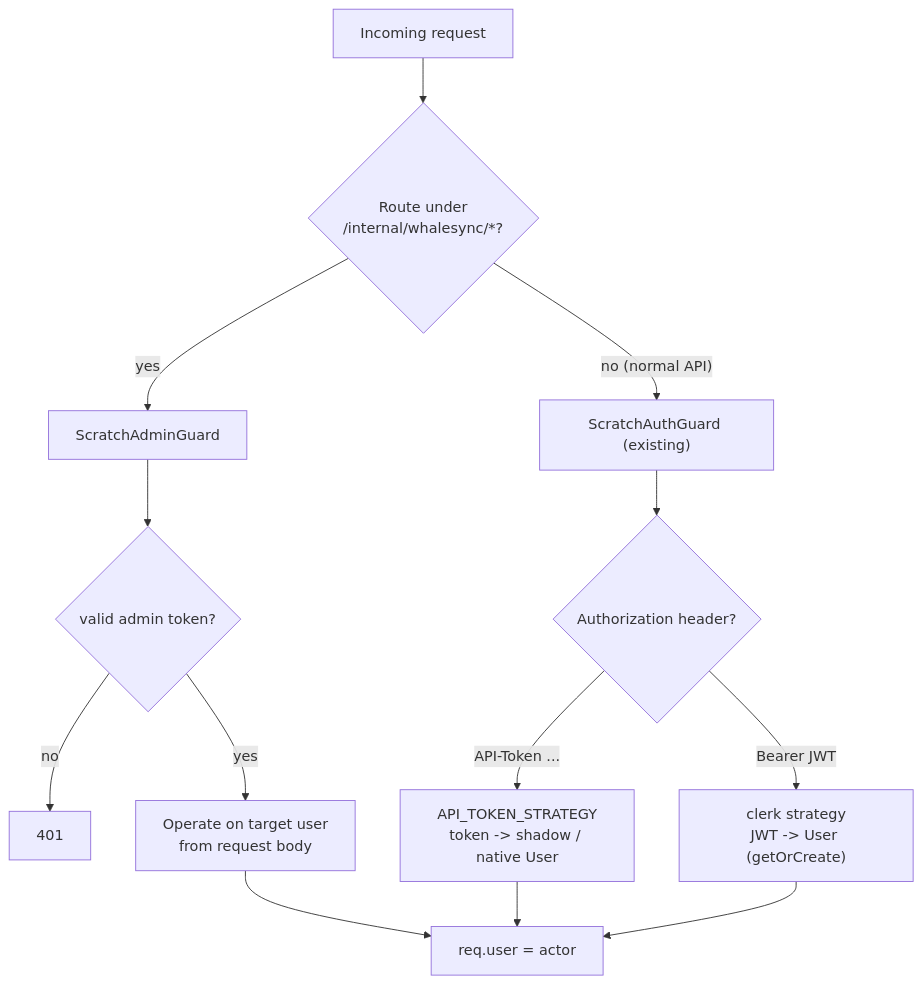
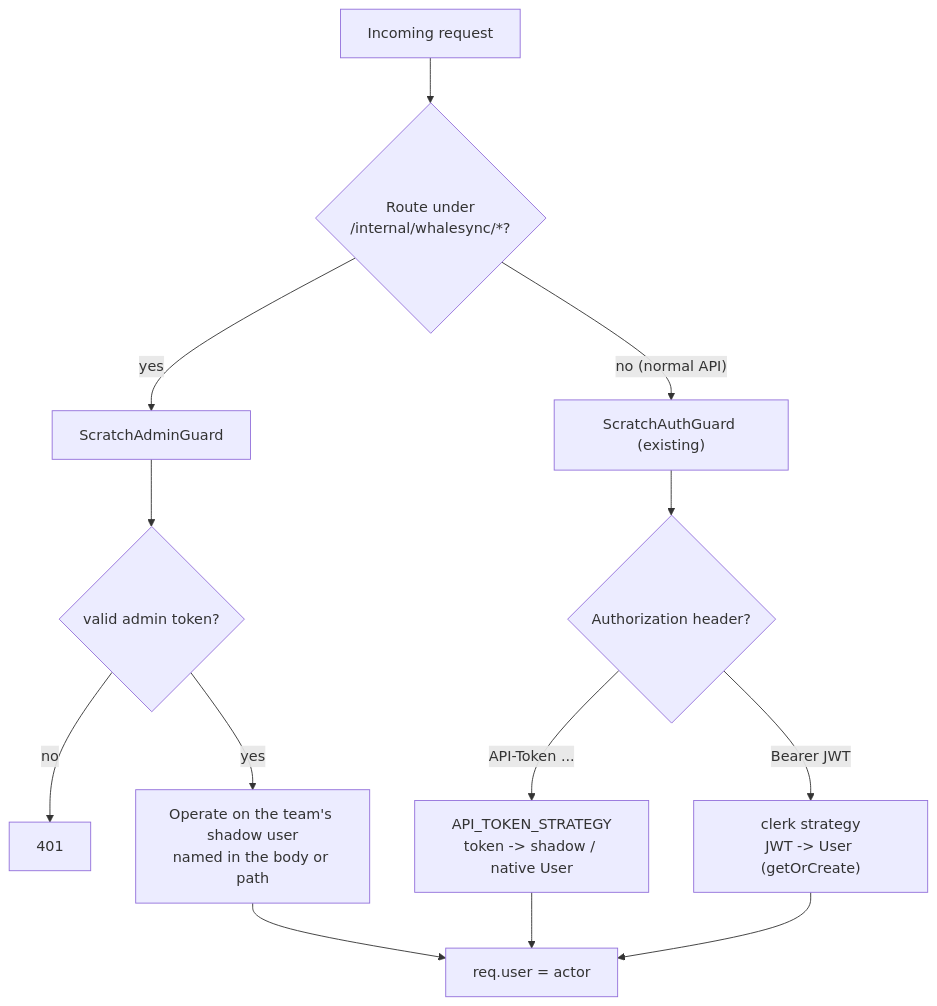
Before and after one commit to whalesync/scratch-cli-test: the sixth of 6 diagrams in docs/whalesync-scratch-api-access.md, drawn with Mermaid. The commit also changed other lines of this file and 56 other files, not shown here.

````diff
--- a/docs/whalesync-scratch-api-access.md
+++ b/docs/whalesync-scratch-api-access.md
@@ -372,16 +318,16 @@
 ```mermaid
 flowchart TD
   Req["Incoming request"] --> Q{"Route under<br/>/internal/whalesync/*?"}
   Q -- yes --> AdminG["ScratchAdminGuard"]
   AdminG --> AdminChk{"valid admin token?"}
   AdminChk -- no --> R401a["401"]
-  AdminChk -- yes --> ActAs["Operate on target user<br/>from request body"]
+  AdminChk -- yes --> ActAs["Operate on the team's shadow user<br/>named in the body or path"]
 
   Q -- "no (normal API)" --> Auth["ScratchAuthGuard (existing)"]
   Auth --> Strat{"Authorization header?"}
   Strat -- "API-Token ..." --> TokS["API_TOKEN_STRATEGY<br/>token -> shadow / native User"]
   Strat -- "Bearer JWT" --> ClerkS["clerk strategy<br/>JWT -> User (getOrCreate)"]
   TokS --> User["req.user = actor"]
   ClerkS --> User
   ActAs --> User
 ```
````
